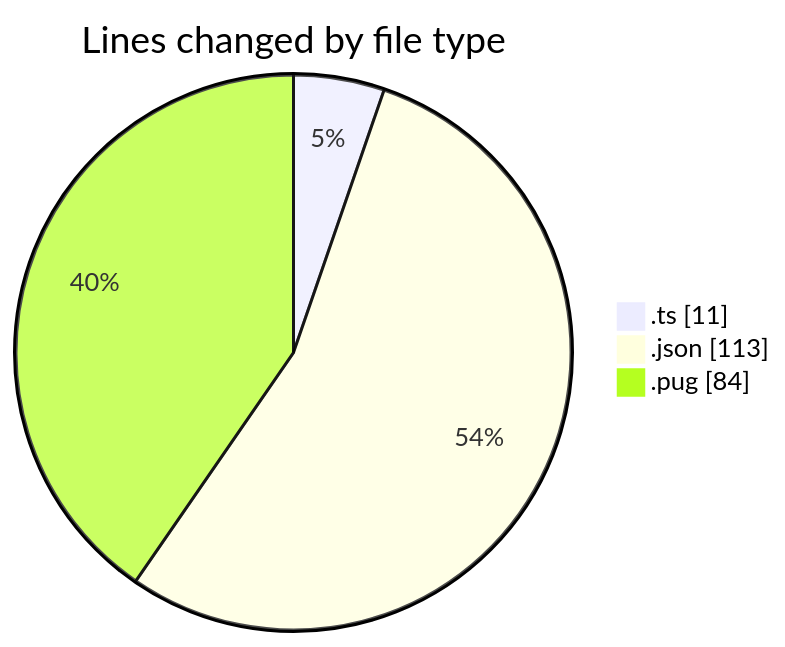
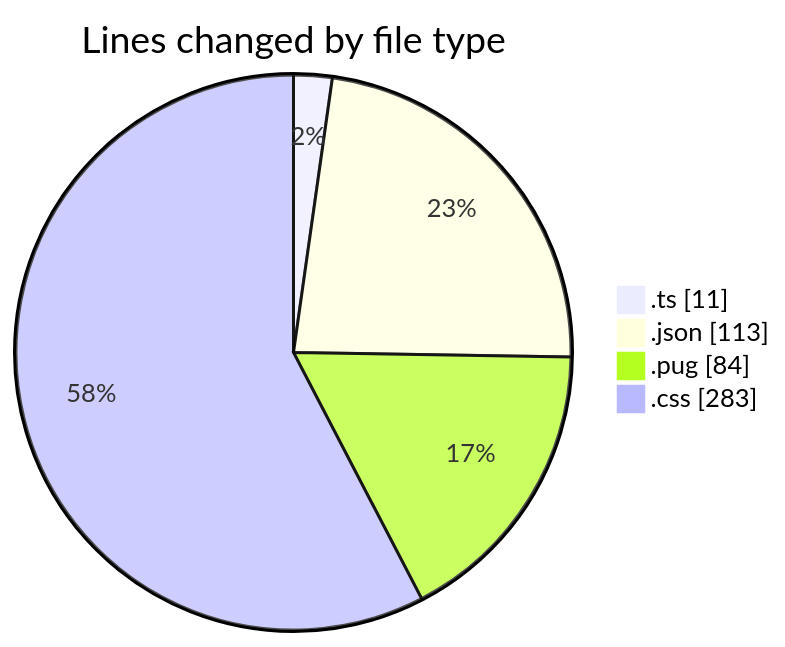
One commit to momahboobian/code-tracking changed the first of 2 diagrams in 2025-02-24/cda/README.md. Above: the diagram before and after it, drawn with Mermaid. The commit also changed other lines of this file and 1 other file, not shown here.

````diff
--- a/2025-02-24/cda/README.md
+++ b/2025-02-24/cda/README.md
@@ -27,7 +28,8 @@
 ```mermaid
 pie showData
 title Lines changed by file type
 ".ts" : 11
 ".json" : 113
 ".pug" : 84
+".css" : 283
 ```
````
